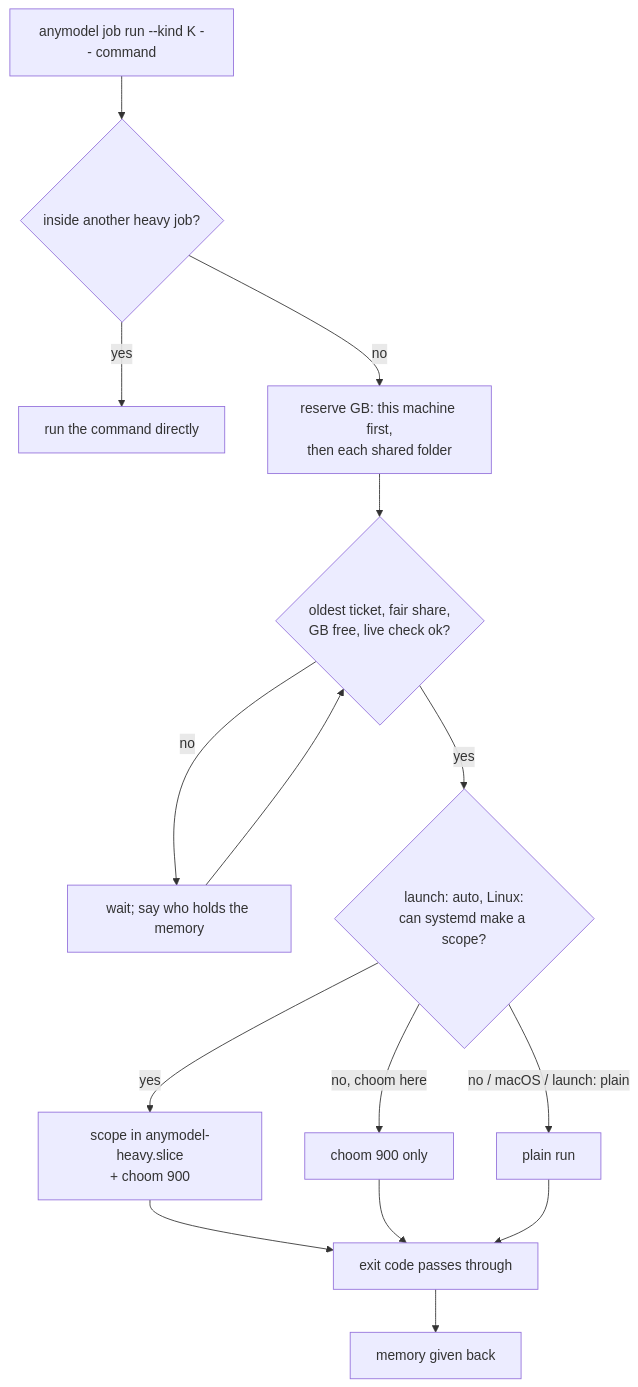
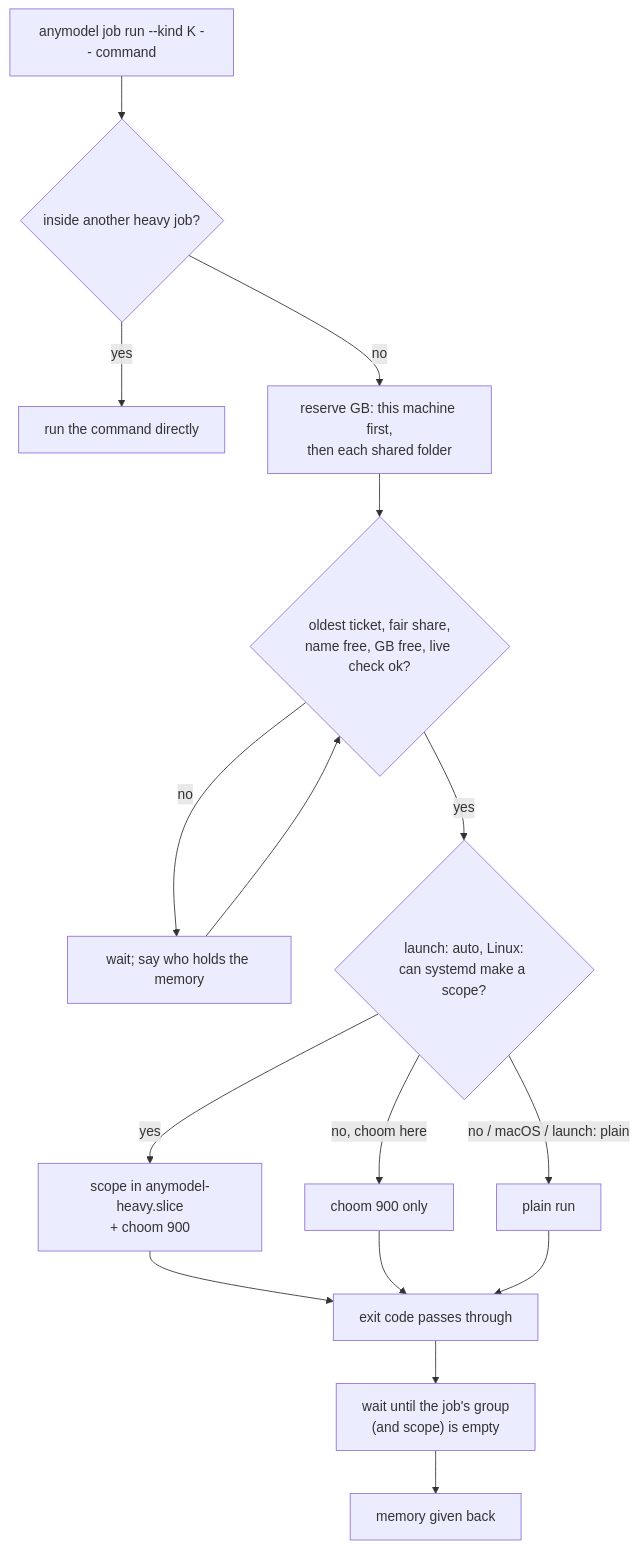
Before and after one commit to sellanybiz/cc-smart-dev-kit: the diagram in docs/jobs.md, drawn with Mermaid. The commit also changed other lines of this file and 15 other files, not shown here.

First line of the commit message:
fix: Phase 12 review findings; `job run --exclusive <name>`

````diff
--- a/docs/jobs.md
+++ b/docs/jobs.md
@@ -23,17 +24,18 @@
 ```mermaid
 flowchart TD
     J["anymodel job run --kind K -- command"] --> N{"inside another heavy job?"}
     N -->|"yes"| D["run the command directly"]
     N -->|"no"| R["reserve GB: this machine first,<br/>then each shared folder"]
-    R --> W{"oldest ticket, fair share,<br/>GB free, live check ok?"}
+    R --> W{"oldest ticket, fair share,<br/>name free, GB free, live check ok?"}
     W -->|"no"| L["wait; say who holds the memory"]
     L --> W
     W -->|"yes"| P{"launch: auto, Linux:<br/>can systemd make a scope?"}
     P -->|"yes"| S["scope in anymodel-heavy.slice<br/>+ choom 900"]
     P -->|"no, choom here"| C["choom 900 only"]
     P -->|"no / macOS / launch: plain"| PL["plain run"]
     S --> E["exit code passes through"]
     C --> E
     PL --> E
-    E --> Z["memory given back"]
+    E --> G["wait until the job's group<br/>(and scope) is empty"]
+    G --> Z["memory given back"]
 ```
````
